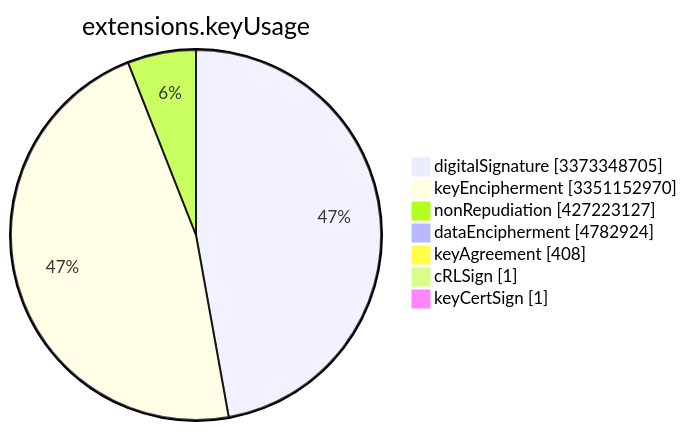
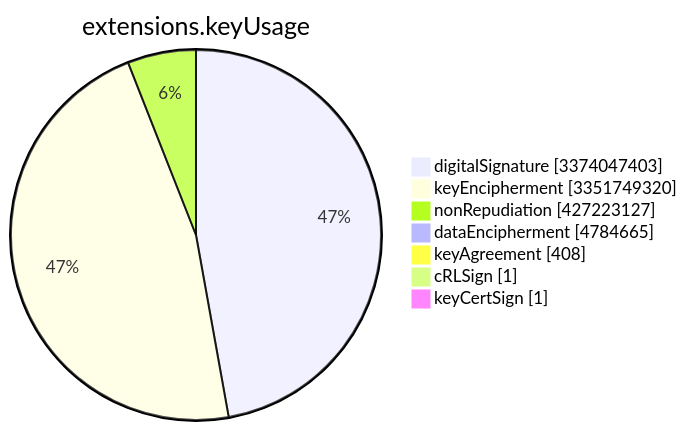
Before and after one commit to christiankrug/ctmonitor_visualization: the sixth of 15 diagrams in TOTAL/README.md, drawn with Mermaid. The commit also changed other lines of this file, not shown here.

````diff
--- a/TOTAL/README.md
+++ b/TOTAL/README.md
@@ -3079,11 +3079,11 @@
 ```mermaid
 pie showData
 title extensions.keyUsage
-"digitalSignature" :3373348705
-"keyEncipherment" :3351152970
+"digitalSignature" :3374047403
+"keyEncipherment" :3351749320
 "nonRepudiation" :427223127
-"dataEncipherment" :4782924
+"dataEncipherment" :4784665
 "keyAgreement" :408
 "cRLSign" :1
 "keyCertSign" :1
 ```
````
